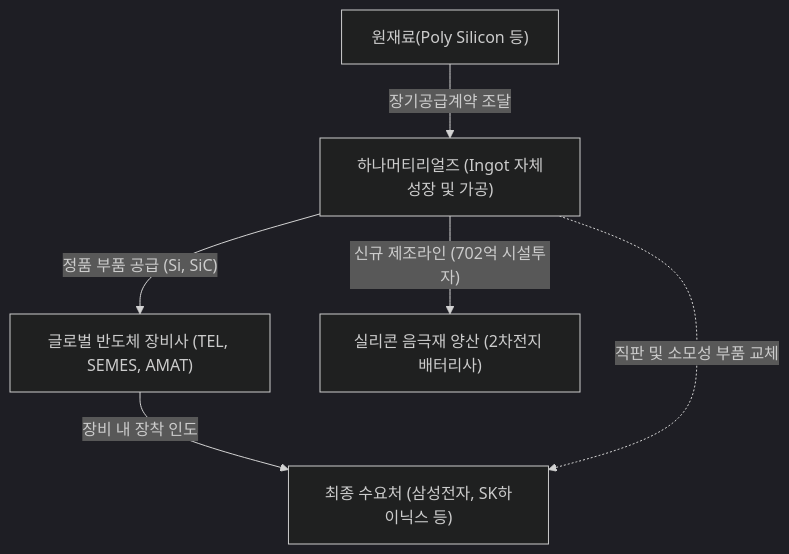
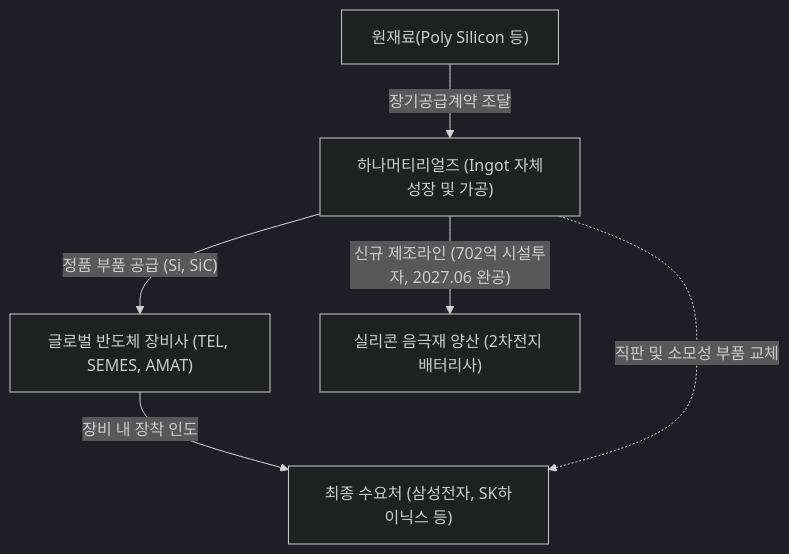
The diagram in Stock_Research/하나머티리얼즈/3_Final_Reports/Phase1_Report.md (eve830521-cmd/my-skill), drawn with Mermaid (dark theme) before and after one commit. The commit also changed other lines of this file and 127 other files, not shown here.

````diff
--- a/Stock_Research/하나머티리얼즈/3_Final_Reports/Phase1_Report.md
+++ b/Stock_Research/하나머티리얼즈/3_Final_Reports/Phase1_Report.md
@@ -12,8 +19,8 @@
 ```mermaid
 graph TD
     A["원재료(Poly Silicon 등)"] -->|"장기공급계약 조달"| B["하나머티리얼즈 (Ingot 자체성장 및 가공)"]
     B -->|"정품 부품 공급 (Si, SiC)"| C["글로벌 반도체 장비사 (TEL, SEMES, AMAT)"]
     C -->|"장비 내 장착 인도"| D["최종 수요처 (삼성전자, SK하이닉스 등)"]
     B -. "직판 및 소모성 부품 교체" .-> D
-    B -->|"신규 제조라인 (702억 시설투자)"| E["실리콘 음극재 양산 (2차전지 배터리사)"]
+    B -->|"신규 제조라인 (702억 시설투자, 2027.06 완공)"| E["실리콘 음극재 양산 (2차전지 배터리사)"]
 ```
````
